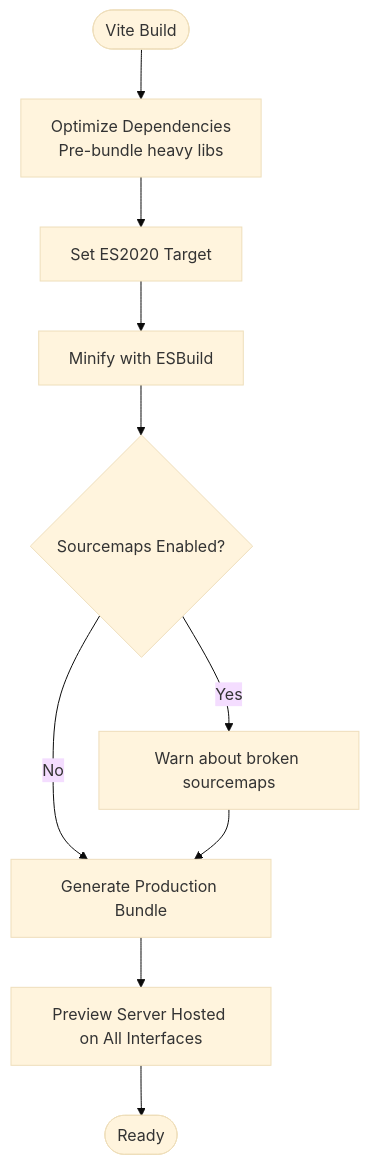
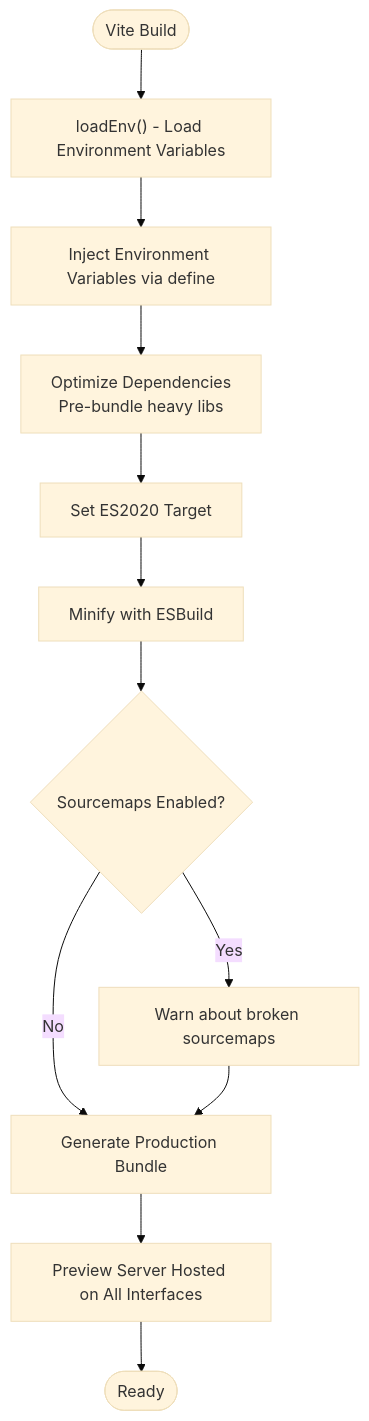
Before and after one commit to riod94/ngepos: the third of 7 diagrams in .qoder/repowiki/en/content/Development Guidelines/Deployment Configuration.md, drawn with Mermaid (base theme). The commit also changed other lines of this file and 18 other files, not shown here.

````diff
--- a/.qoder/repowiki/en/content/Development Guidelines/Deployment Configuration.md
+++ b/.qoder/repowiki/en/content/Development Guidelines/Deployment Configuration.md
@@ -125,12 +137,14 @@
 ```mermaid
 flowchart TD
-Start(["Vite Build"]) --> OptDeps["Optimize Dependencies<br/>Pre-bundle heavy libs"]
+Start(["Vite Build"]) --> LoadEnv["loadEnv() - Load Environment Variables"]
+LoadEnv --> InjectVars["Inject Environment Variables via define"]
+InjectVars --> OptDeps["Optimize Dependencies<br/>Pre-bundle heavy libs"]
 OptDeps --> Target["Set ES2020 Target"]
 Target --> Minify["Minify with ESBuild"]
 Minify --> Sourcemap{"Sourcemaps Enabled?"}
 Sourcemap --> |No| Bundle["Generate Production Bundle"]
 Sourcemap --> |Yes| Warn["Warn about broken sourcemaps"]
 Warn --> Bundle
 Bundle --> Preview["Preview Server Hosted on All Interfaces"]
 Preview --> End(["Ready"])
 ```
````
